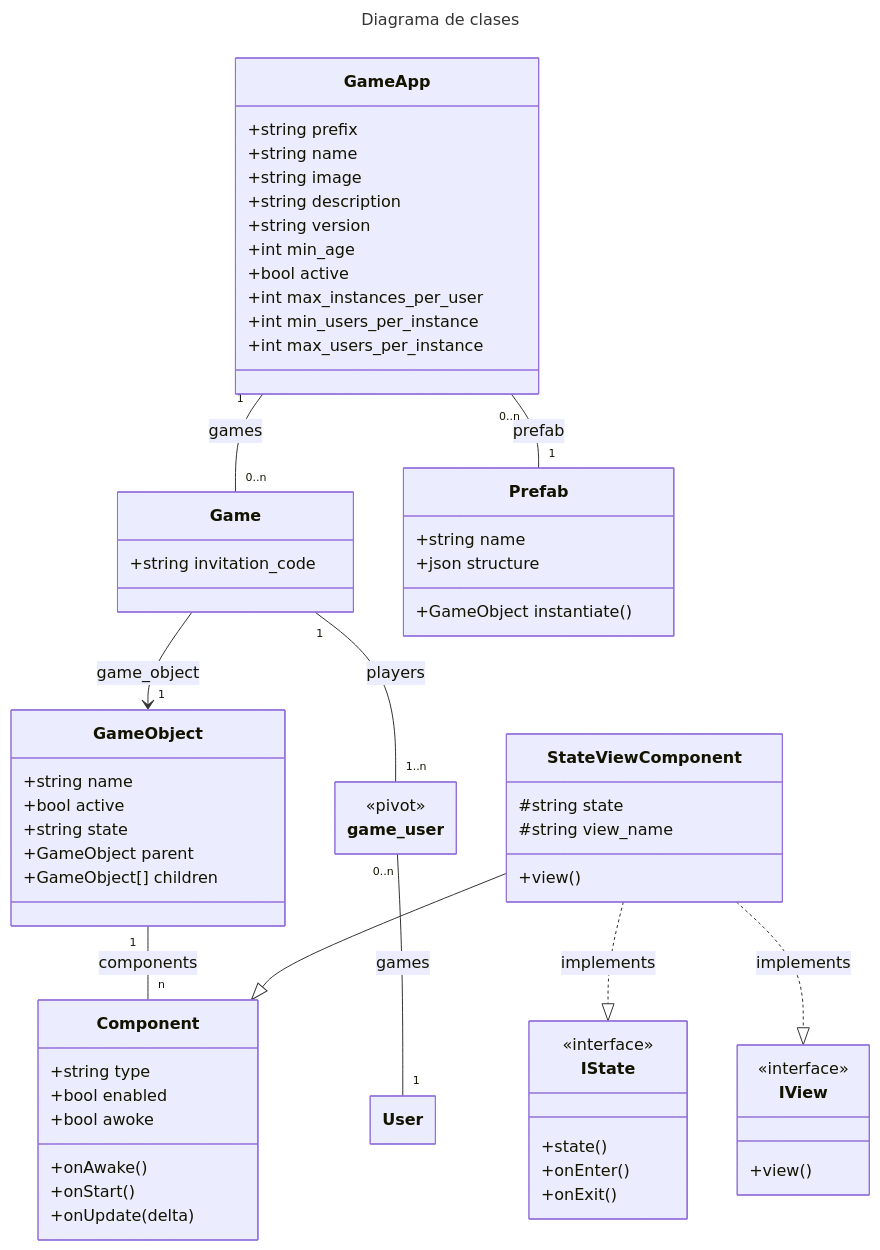
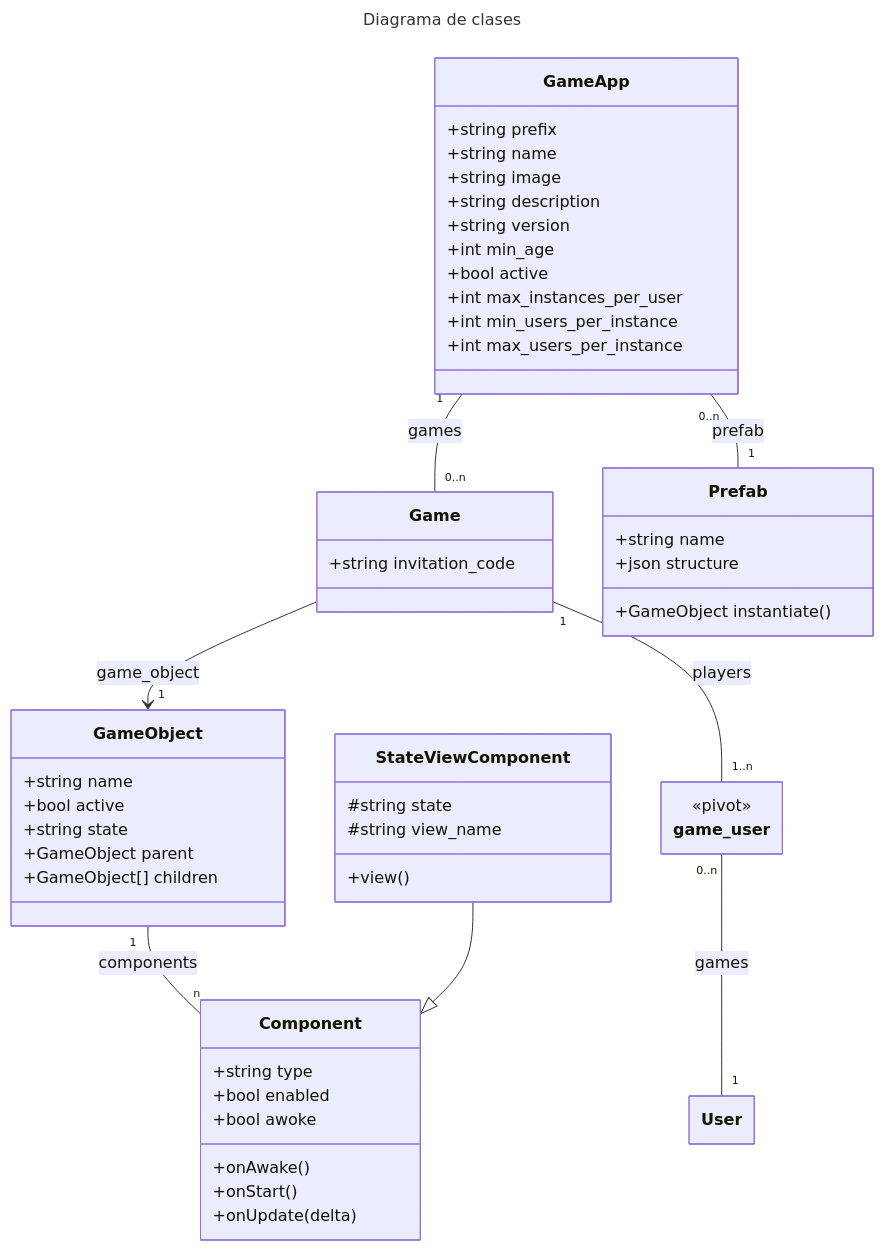
The first of 4 diagrams in docs/class_diagrams.md (eormeno/base-project), drawn with Mermaid before and after one commit. The commit also changed other lines of this file and 2 other files, not shown here.

````diff
--- a/docs/class_diagrams.md
+++ b/docs/class_diagrams.md
@@ -1,74 +1,62 @@
 ```mermaid
 ---
 title: Diagrama de clases
 config:
     class:
         hideEmptyMembersBox: true
 ---
 classDiagram
     direction TD
     class User {
     }
     class GameApp {
         +string prefix
         +string name
         +string image
         +string description
         +string version
         +int min_age
         +bool active
         +int max_instances_per_user
         +int min_users_per_instance
         +int max_users_per_instance
     }
     class Game {
         +string invitation_code
     }
     class game_user {
         <<pivot>>
     }
     class Prefab {
         +string name
         +json structure
         +GameObject instantiate()
     }
     class GameObject {
         +string name
         +bool active
         +string state
         +GameObject parent
         +GameObject[] children
     }
     class Component {
         +string type
         +bool enabled
         +bool awoke
         +onAwake()
         +onStart()
         +onUpdate(delta)
     }
     class StateViewComponent {
         #string state
         #string view_name
         +view()
     }
-    class IState {
-        <<interface>>
-        +state()
-        +onEnter()
-        +onExit()
-    }
-    class IView {
-        <<interface>>
-        +view()
-    }
     Game --> "1" GameObject : game_object
     GameObject "1" -- "n" Component : components
     GameApp "1" -- "0..n" Game : games
     Game "1" -- "1..n" game_user : players
     GameApp "0..n" -- "1" Prefab : prefab
     game_user "0..n" -- "1" User : games
     StateViewComponent --|> Component
-    StateViewComponent ..|> IState : implements
-    StateViewComponent ..|> IView : implements
 ```
````
